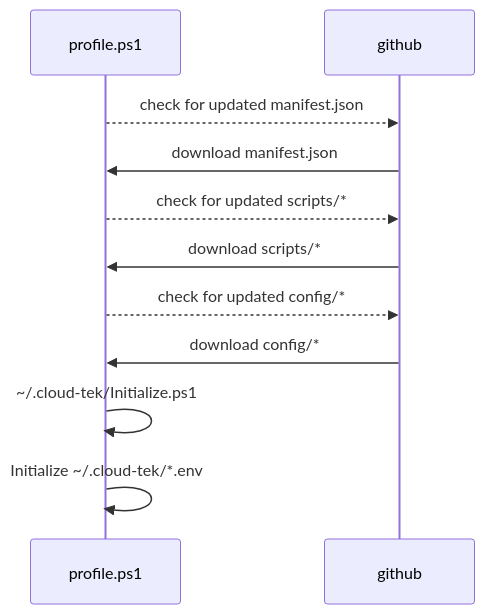
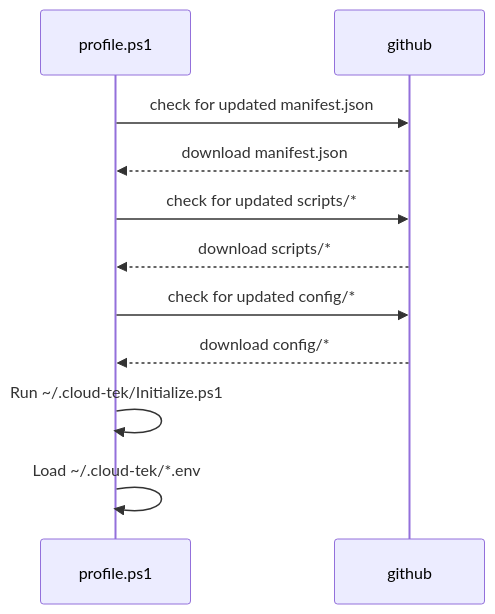
The diagram in readme.md (cloud-tek/dev-env), drawn with Mermaid before and after one commit.

Commit message:
readme fixed

````diff
--- a/readme.md
+++ b/readme.md
@@ -5,14 +5,13 @@
 ```mermaid
 sequenceDiagram
     participant profile.ps1
     participant github
-    profile.ps1-->>github: check for updated manifest.json
-    github->>profile.ps1: download manifest.json
-    profile.ps1-->>github: check for updated scripts/*
-    github->>profile.ps1: download scripts/*
-    profile.ps1-->>github: check for updated config/*
-    github->>profile.ps1: download config/*
-    profile.ps1->>profile.ps1: ~/.cloud-tek/Initialize.ps1
-
-    profile.ps1->>profile.ps1: Initialize ~/.cloud-tek/*.env
+    profile.ps1->>github: check for updated manifest.json
+    github-->>profile.ps1: download manifest.json
+    profile.ps1->>github: check for updated scripts/*
+    github-->>profile.ps1: download scripts/*
+    profile.ps1->>github: check for updated config/*
+    github-->>profile.ps1: download config/*
+    profile.ps1->>profile.ps1: Run ~/.cloud-tek/Initialize.ps1
+    profile.ps1->>profile.ps1: Load ~/.cloud-tek/*.env
 ```
````
